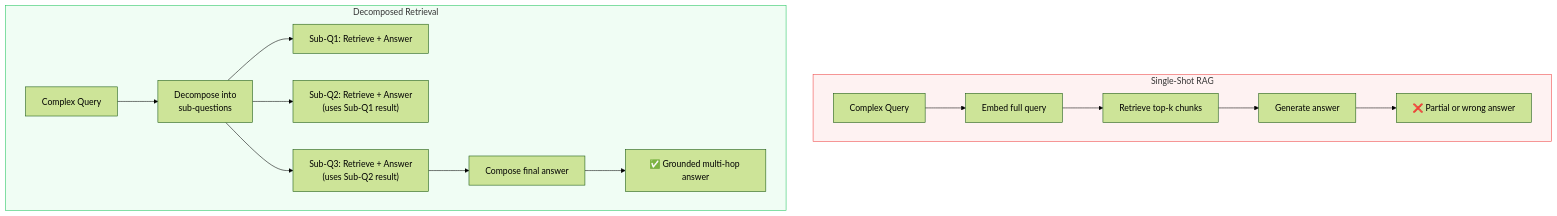
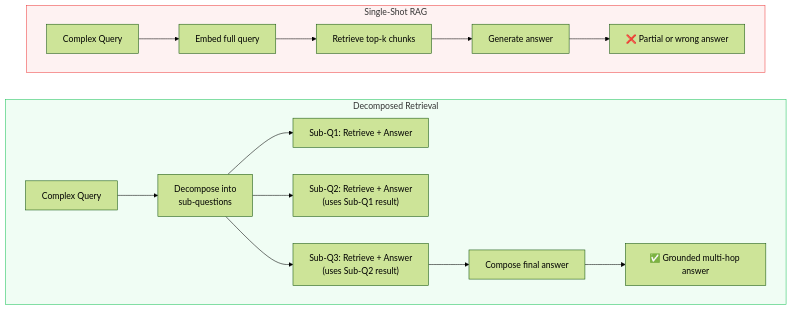
Before and after one commit to tanquangduong/tanquangduong.github.io: the first of 8 diagrams in posts/agent/Planning-and-Query-Decomposition-for-Complex-Retrieval.qmd, drawn with Mermaid (forest theme). The commit also changed 84 other files, not shown here.

````diff
--- a/posts/agent/Planning-and-Query-Decomposition-for-Complex-Retrieval.qmd
+++ b/posts/agent/Planning-and-Query-Decomposition-for-Complex-Retrieval.qmd
@@ -64,21 +64,23 @@
 ```{mermaid}
 graph TD
     subgraph SingleShot["Single-Shot RAG"]
         A["Complex Query"] --> B["Embed full query"]
         B --> C["Retrieve top-k chunks"]
         C --> D["Generate answer"]
         D --> E["❌ Partial or wrong answer"]
     end
 
     subgraph Decomposed["Decomposed Retrieval"]
         F["Complex Query"] --> G["Decompose into<br/>sub-questions"]
         G --> H["Sub-Q1: Retrieve + Answer"]
         G --> I["Sub-Q2: Retrieve + Answer<br/>(uses Sub-Q1 result)"]
         G --> J["Sub-Q3: Retrieve + Answer<br/>(uses Sub-Q2 result)"]
         J --> K["Compose final answer"]
         K --> L["✅ Grounded multi-hop answer"]
     end
 
+    SingleShot ~~~ Decomposed
+
     style SingleShot fill:#fef2f2,stroke:#ef4444
     style Decomposed fill:#f0fdf4,stroke:#22c55e
 ```
````
